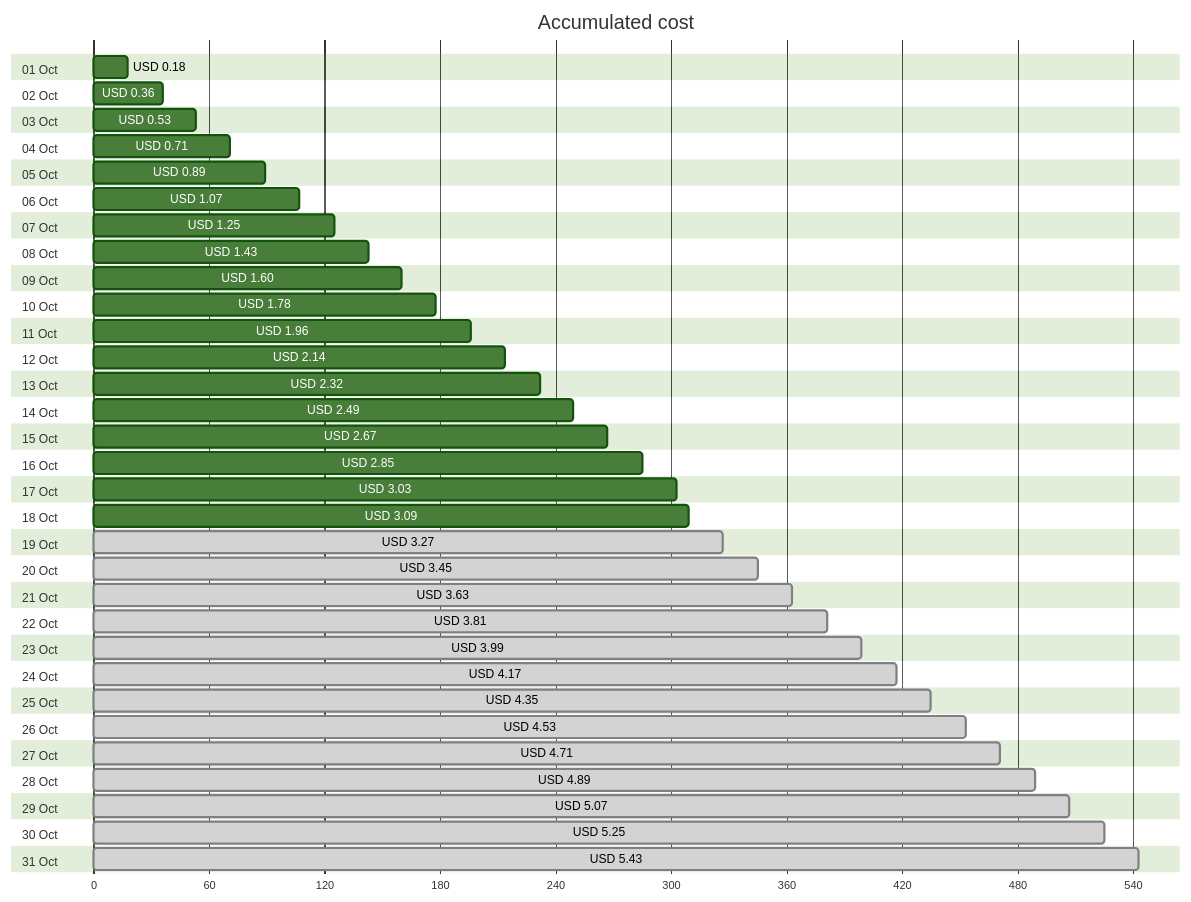
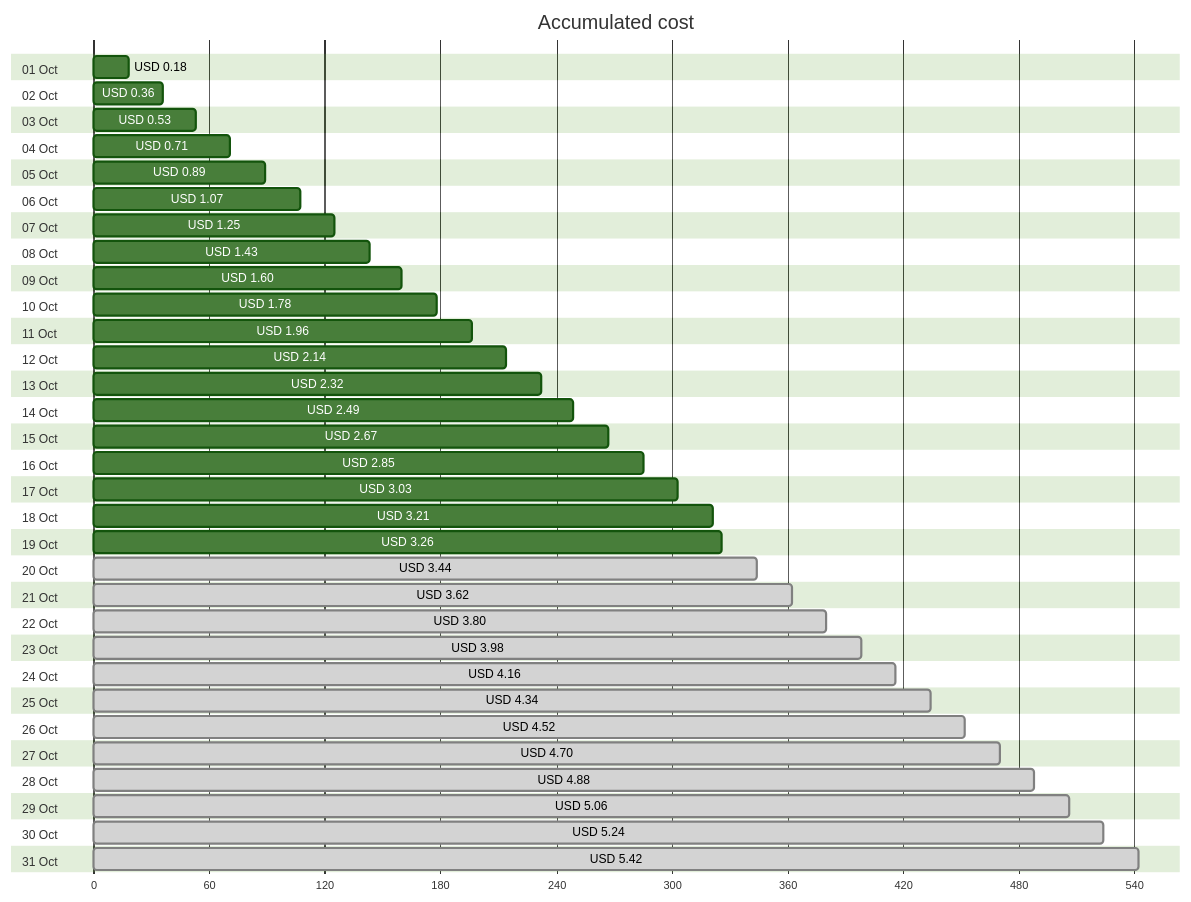
One commit to jpfulton/azure-personal-reports changed the first of 4 diagrams in cost-reports/personal-network/backup-server.md. Above: the diagram before and after it, drawn with Mermaid (forest theme). The commit also changed other lines of this file and 8 other files, not shown here.

````diff
--- a/cost-reports/personal-network/backup-server.md
+++ b/cost-reports/personal-network/backup-server.md
@@ -20,68 +20,68 @@
 ```mermaid
 gantt
    title Accumulated cost
    dateFormat  X
    axisFormat %s
    section 01 Oct
    USD 0.18 :0, 18
    section 02 Oct
    USD 0.36 :0, 36
    section 03 Oct
    USD 0.53 :0, 53
    section 04 Oct
    USD 0.71 :0, 71
    section 05 Oct
    USD 0.89 :0, 89
    section 06 Oct
    USD 1.07 :0, 107
    section 07 Oct
    USD 1.25 :0, 125
    section 08 Oct
    USD 1.43 :0, 143
    section 09 Oct
    USD 1.60 :0, 160
    section 10 Oct
    USD 1.78 :0, 178
    section 11 Oct
    USD 1.96 :0, 196
    section 12 Oct
    USD 2.14 :0, 214
    section 13 Oct
    USD 2.32 :0, 232
    section 14 Oct
    USD 2.49 :0, 249
    section 15 Oct
    USD 2.67 :0, 267
    section 16 Oct
    USD 2.85 :0, 285
    section 17 Oct
    USD 3.03 :0, 303
    section 18 Oct
-   USD 3.09 :0, 309
+   USD 3.21 :0, 321
    section 19 Oct
-   USD 3.27 : done, 0, 327
+   USD 3.26 :0, 326
    section 20 Oct
-   USD 3.45 : done, 0, 345
+   USD 3.44 : done, 0, 344
    section 21 Oct
-   USD 3.63 : done, 0, 363
+   USD 3.62 : done, 0, 362
    section 22 Oct
-   USD 3.81 : done, 0, 381
+   USD 3.80 : done, 0, 380
    section 23 Oct
-   USD 3.99 : done, 0, 399
+   USD 3.98 : done, 0, 398
    section 24 Oct
-   USD 4.17 : done, 0, 417
+   USD 4.16 : done, 0, 416
    section 25 Oct
-   USD 4.35 : done, 0, 435
+   USD 4.34 : done, 0, 434
    section 26 Oct
-   USD 4.53 : done, 0, 453
+   USD 4.52 : done, 0, 452
    section 27 Oct
-   USD 4.71 : done, 0, 471
+   USD 4.70 : done, 0, 470
    section 28 Oct
-   USD 4.89 : done, 0, 489
+   USD 4.88 : done, 0, 488
    section 29 Oct
-   USD 5.07 : done, 0, 507
+   USD 5.06 : done, 0, 506
    section 30 Oct
-   USD 5.25 : done, 0, 525
+   USD 5.24 : done, 0, 524
    section 31 Oct
-   USD 5.43 : done, 0, 543
+   USD 5.42 : done, 0, 542
 ```
````
